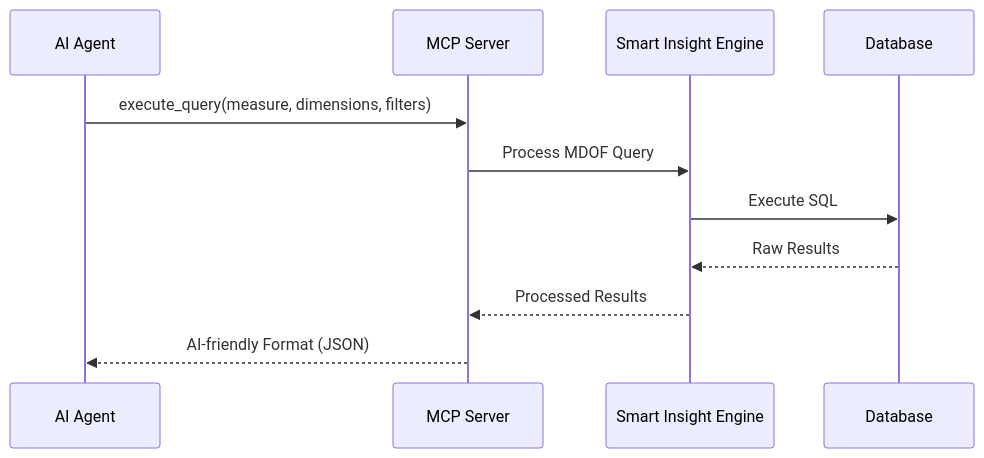
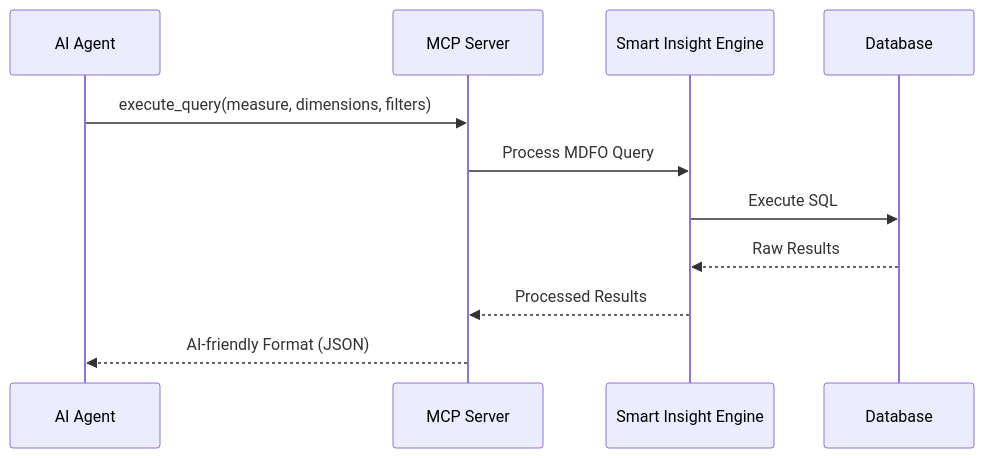
One commit to mapleelpam/LuminNexus-LearningMap changed the third of 3 diagrams in projects/prismavision/mcp.md. Above: the diagram before and after it, drawn with Mermaid. The commit also changed other lines of this file and 18 other files, not shown here.

First line of the commit message:
chore: MDOF → MDFO 全 repo 正名

````diff
--- a/projects/prismavision/mcp.md
+++ b/projects/prismavision/mcp.md
@@ -307,14 +307,14 @@
 ```mermaid
 sequenceDiagram
     participant Agent as AI Agent
     participant MCP as MCP Server
     participant Engine as Smart Insight Engine
     participant DB as Database
 
     Agent->>MCP: execute_query(measure, dimensions, filters)
-    MCP->>Engine: Process MDOF Query
+    MCP->>Engine: Process MDFO Query
     Engine->>DB: Execute SQL
     DB-->>Engine: Raw Results
     Engine-->>MCP: Processed Results
     MCP-->>Agent: AI-friendly Format (JSON)
 ```
````
